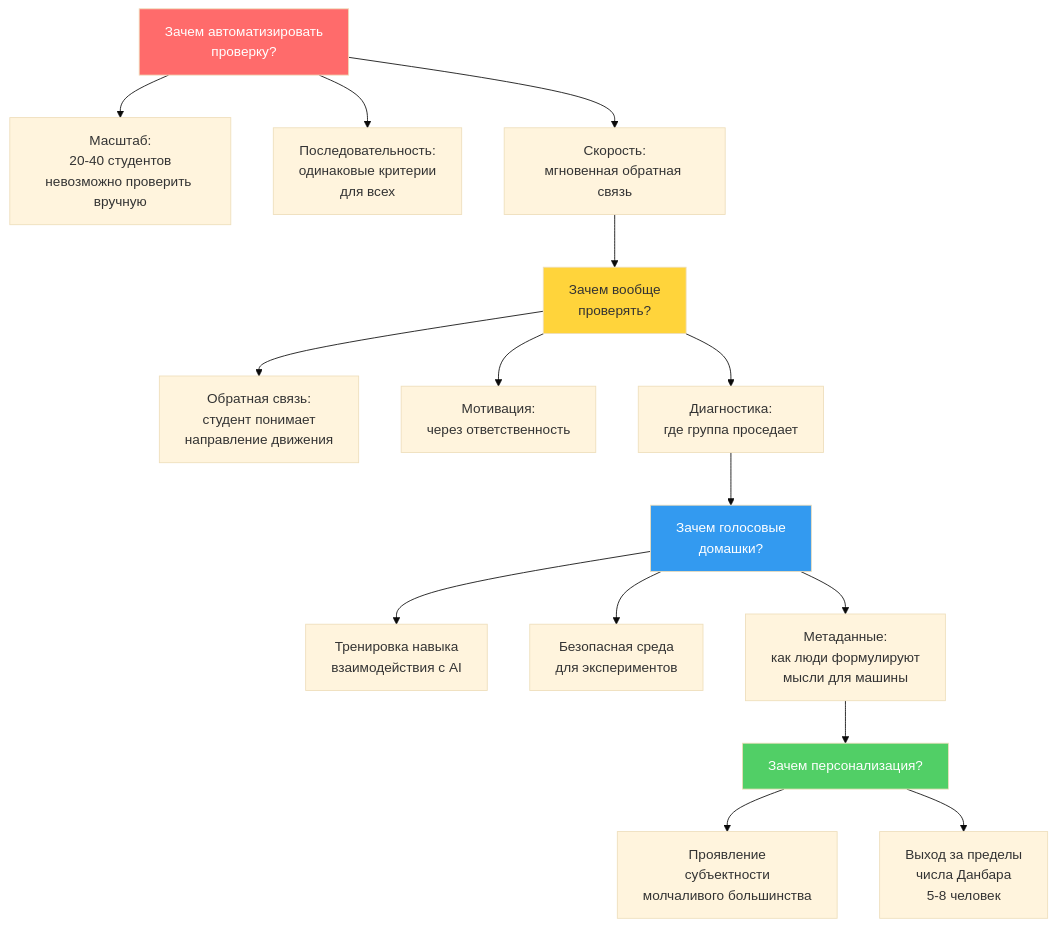
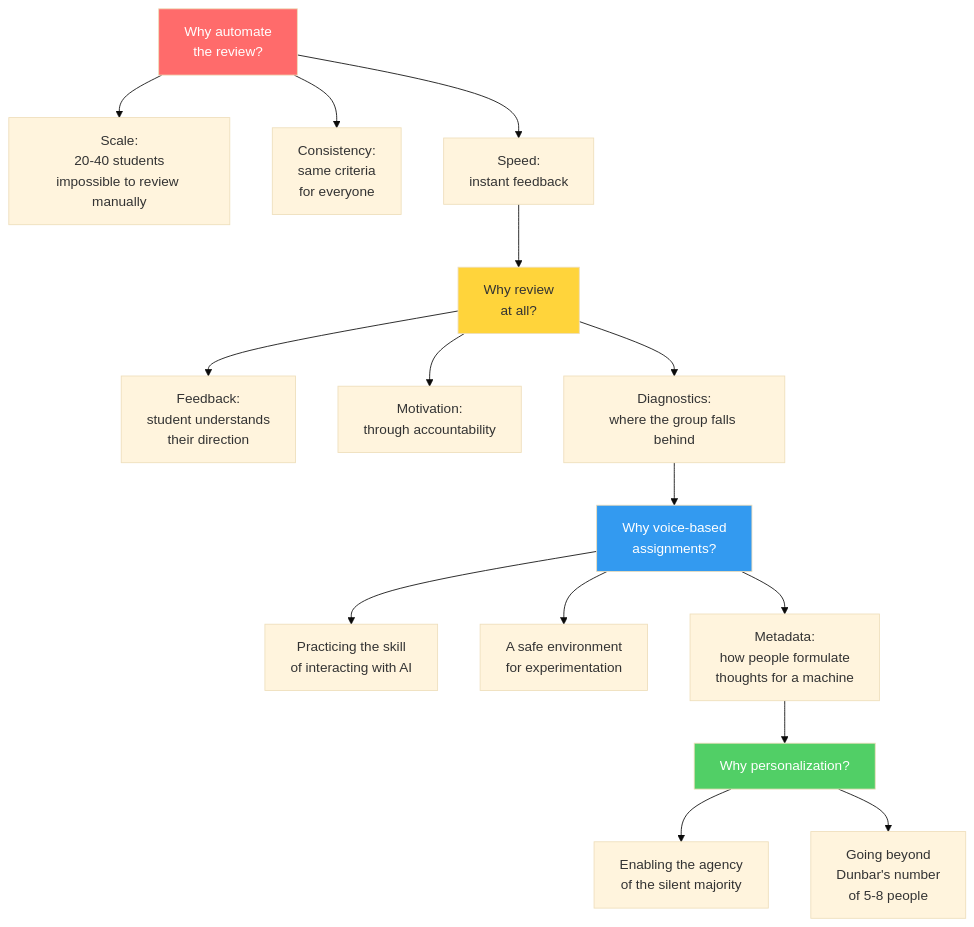
The second of 16 diagrams in materials/workshop4.md (ad3002/masters-course-2025-vibe-coding), drawn with Mermaid (base theme) before and after one commit. The commit also changed other lines of this file, not shown here.

````diff
--- a/materials/workshop4.md
+++ b/materials/workshop4.md
@@ -56,25 +56,25 @@
 ```mermaid
 graph TD
-    Z1[Зачем автоматизировать<br/>проверку?] --> Z2[Масштаб:<br/>20-40 студентов<br/>невозможно проверить вручную]
-    Z1 --> Z3[Последовательность:<br/>одинаковые критерии<br/>для всех]
-    Z1 --> Z4[Скорость:<br/>мгновенная обратная связь]
+    Z1[Why automate<br/>the review?] --> Z2[Scale:<br/>20-40 students<br/>impossible to review manually]
+    Z1 --> Z3[Consistency:<br/>same criteria<br/>for everyone]
+    Z1 --> Z4[Speed:<br/>instant feedback]
 
-    Z4 --> Z5[Зачем вообще<br/>проверять?]
-    Z5 --> Z6[Обратная связь:<br/>студент понимает<br/>направление движения]
-    Z5 --> Z7[Мотивация:<br/>через ответственность]
-    Z5 --> Z8[Диагностика:<br/>где группа проседает]
+    Z4 --> Z5[Why review<br/>at all?]
+    Z5 --> Z6[Feedback:<br/>student understands<br/>their direction]
+    Z5 --> Z7[Motivation:<br/>through accountability]
+    Z5 --> Z8[Diagnostics:<br/>where the group falls behind]
 
-    Z8 --> Z9[Зачем голосовые<br/>домашки?]
-    Z9 --> Z10[Тренировка навыка<br/>взаимодействия с AI]
-    Z9 --> Z11[Безопасная среда<br/>для экспериментов]
-    Z9 --> Z12[Метаданные:<br/>как люди формулируют<br/>мысли для машины]
+    Z8 --> Z9[Why voice-based<br/>assignments?]
+    Z9 --> Z10[Practicing the skill<br/>of interacting with AI]
+    Z9 --> Z11[A safe environment<br/>for experimentation]
+    Z9 --> Z12[Metadata:<br/>how people formulate<br/>thoughts for a machine]
 
-    Z12 --> Z13[Зачем персонализация?]
-    Z13 --> Z14[Проявление<br/>субъектности<br/>молчаливого большинства]
-    Z13 --> Z15[Выход за пределы<br/>числа Данбара<br/>5-8 человек]
+    Z12 --> Z13[Why personalization?]
+    Z13 --> Z14[Enabling the agency<br/>of the silent majority]
+    Z13 --> Z15[Going beyond<br/>Dunbar's number<br/>of 5-8 people]
 
     style Z1 fill:#ff6b6b,color:#fff
     style Z5 fill:#ffd43b
     style Z9 fill:#339af0,color:#fff
     style Z13 fill:#51cf66,color:#fff
 ```
````
